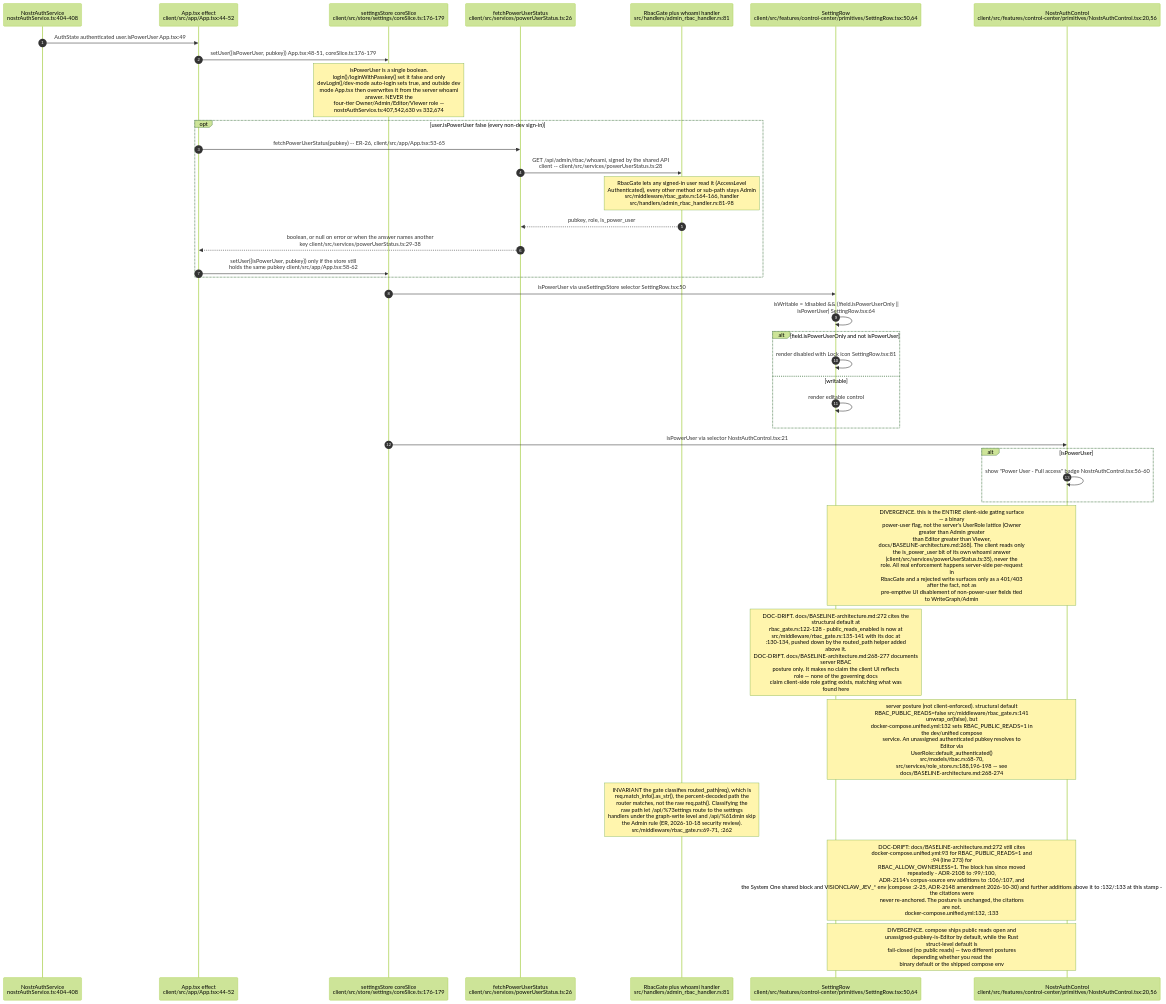
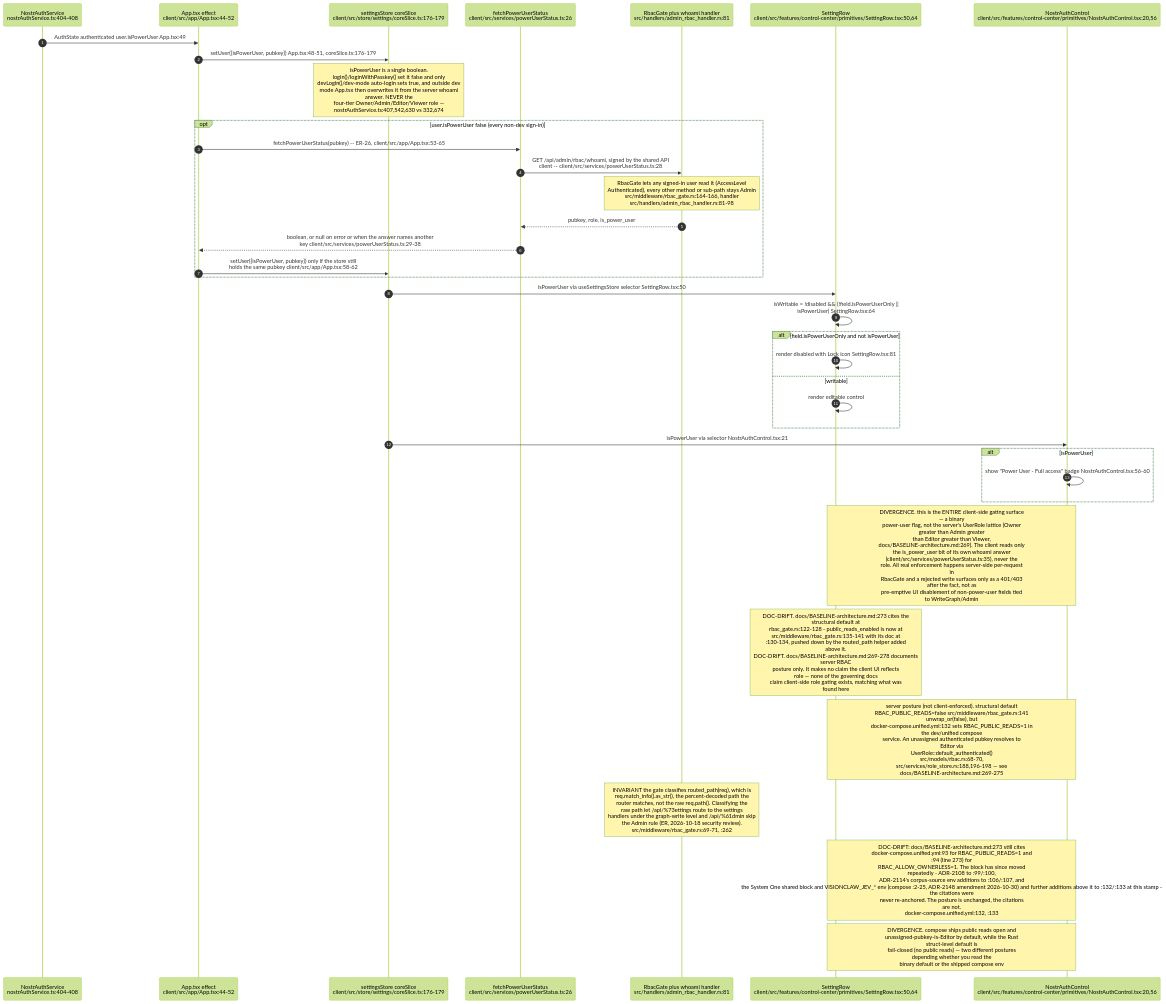
The sixth of 8 diagrams in docs/diagrams/visionclaw/33-client-auth-and-identity.md (DreamLab-AI/VisionFlow), drawn with Mermaid (forest theme) before and after one commit. The commit also changed other lines of this file and 151 other files, not shown here.

````diff
--- a/docs/diagrams/visionclaw/33-client-auth-and-identity.md
+++ b/docs/diagrams/visionclaw/33-client-auth-and-identity.md
@@ -289,42 +289,42 @@
 ```mermaid
 sequenceDiagram
     autonumber
     participant NA as NostrAuthService<br/>nostrAuthService.ts:404-408
     participant App as App.tsx effect<br/>client/src/app/App.tsx:44-52
     participant Store as settingsStore coreSlice<br/>client/src/store/settings/coreSlice.ts:176-179
     participant PUS as fetchPowerUserStatus<br/>client/src/services/powerUserStatus.ts:26
     participant SRV as RbacGate plus whoami handler<br/>src/handlers/admin_rbac_handler.rs:81
     participant Row as SettingRow<br/>client/src/features/control-center/primitives/SettingRow.tsx:50,64
     participant Ctl as NostrAuthControl<br/>client/src/features/control-center/primitives/NostrAuthControl.tsx:20,56
 
     NA->>App: AuthState authenticated user.isPowerUser App.tsx:49
     App->>Store: setUser({isPowerUser, pubkey}) App.tsx:48-51, coreSlice.ts:176-179
     Note over Store: isPowerUser is a single boolean.<br/>login()/loginWithPasskey() set it false and only<br/>devLogin()/dev-mode auto-login sets true, and outside dev<br/>mode App.tsx then overwrites it from the server whoami<br/>answer. NEVER the<br/>four-tier Owner/Admin/Editor/Viewer role —<br/>nostrAuthService.ts:407,542,630 vs 332,674
     opt user.isPowerUser false (every non-dev sign-in)
         App->>PUS: fetchPowerUserStatus(pubkey) -- ER-26, client/src/app/App.tsx:53-65
         PUS->>SRV: GET /api/admin/rbac/whoami, signed by the shared API<br/>client -- client/src/services/powerUserStatus.ts:28
         Note over SRV: RbacGate lets any signed-in user read it (AccessLevel<br/>Authenticated), every other method or sub-path stays Admin<br/>src/middleware/rbac_gate.rs:164-166, handler<br/>src/handlers/admin_rbac_handler.rs:81-98
         SRV-->>PUS: pubkey, role, is_power_user
         PUS-->>App: boolean, or null on error or when the answer names another<br/>key client/src/services/powerUserStatus.ts:29-38
         App->>Store: setUser({isPowerUser, pubkey}) only if the store still<br/>holds the same pubkey client/src/app/App.tsx:58-62
     end
     Store->>Row: isPowerUser via useSettingsStore selector SettingRow.tsx:50
     Row->>Row: isWritable = !disabled && (!field.isPowerUserOnly ||<br/>isPowerUser) SettingRow.tsx:64
     alt field.isPowerUserOnly and not isPowerUser
         Row->>Row: render disabled with Lock icon SettingRow.tsx:81
     else writable
         Row->>Row: render editable control
     end
     Store->>Ctl: isPowerUser via selector NostrAuthControl.tsx:21
     alt isPowerUser
         Ctl->>Ctl: show "Power User - Full access" badge NostrAuthControl.tsx:56-60
     end
 
-    Note over Row,Ctl: DIVERGENCE. this is the ENTIRE client-side gating surface<br/>— a binary<br/>power-user flag, not the server's UserRole lattice (Owner<br/>greater than Admin greater<br/>than Editor greater than Viewer,<br/>docs/BASELINE-architecture.md:268). The client reads only<br/>the is_power_user bit of its own whoami answer<br/>(client/src/services/powerUserStatus.ts:35), never the<br/>role. All real enforcement happens server-side per-request<br/>in<br/>RbacGate and a rejected write surfaces only as a 401/403<br/>after the fact, not as<br/>pre-emptive UI disablement of non-power-user fields tied<br/>to WriteGraph/Admin
-    Note over Row: DOC-DRIFT. docs/BASELINE-architecture.md:272 cites the<br/>structural default at<br/>rbac_gate.rs:122-128 - public_reads_enabled is now at<br/>src/middleware/rbac_gate.rs:135-141 with its doc at<br/>:130-134, pushed down by the routed_path helper added<br/>above it.<br/>DOC-DRIFT. docs/BASELINE-architecture.md:268-277 documents<br/>server RBAC<br/>posture only. It makes no claim the client UI reflects<br/>role — none of the governing docs<br/>claim client-side role gating exists, matching what was<br/>found here
+    Note over Row,Ctl: DIVERGENCE. this is the ENTIRE client-side gating surface<br/>— a binary<br/>power-user flag, not the server's UserRole lattice (Owner<br/>greater than Admin greater<br/>than Editor greater than Viewer,<br/>docs/BASELINE-architecture.md:269). The client reads only<br/>the is_power_user bit of its own whoami answer<br/>(client/src/services/powerUserStatus.ts:35), never the<br/>role. All real enforcement happens server-side per-request<br/>in<br/>RbacGate and a rejected write surfaces only as a 401/403<br/>after the fact, not as<br/>pre-emptive UI disablement of non-power-user fields tied<br/>to WriteGraph/Admin
+    Note over Row: DOC-DRIFT. docs/BASELINE-architecture.md:273 cites the<br/>structural default at<br/>rbac_gate.rs:122-128 - public_reads_enabled is now at<br/>src/middleware/rbac_gate.rs:135-141 with its doc at<br/>:130-134, pushed down by the routed_path helper added<br/>above it.<br/>DOC-DRIFT. docs/BASELINE-architecture.md:269-278 documents<br/>server RBAC<br/>posture only. It makes no claim the client UI reflects<br/>role — none of the governing docs<br/>claim client-side role gating exists, matching what was<br/>found here
 
-    Note over Row,Ctl: server posture (not client-enforced). structural default<br/>RBAC_PUBLIC_READS=false src/middleware/rbac_gate.rs:141<br/>unwrap_or(false), but<br/>docker-compose.unified.yml:132 sets RBAC_PUBLIC_READS=1 in<br/>the dev/unified compose<br/>service. An unassigned authenticated pubkey resolves to<br/>Editor via<br/>UserRole::default_authenticated()<br/>src/models/rbac.rs:68-70,<br/>src/services/role_store.rs:188,196-198 — see<br/>docs/BASELINE-architecture.md:268-274
+    Note over Row,Ctl: server posture (not client-enforced). structural default<br/>RBAC_PUBLIC_READS=false src/middleware/rbac_gate.rs:141<br/>unwrap_or(false), but<br/>docker-compose.unified.yml:132 sets RBAC_PUBLIC_READS=1 in<br/>the dev/unified compose<br/>service. An unassigned authenticated pubkey resolves to<br/>Editor via<br/>UserRole::default_authenticated()<br/>src/models/rbac.rs:68-70,<br/>src/services/role_store.rs:188,196-198 — see<br/>docs/BASELINE-architecture.md:269-275
     Note over SRV: INVARIANT the gate classifies routed_path(req), which is<br/>req.match_info().as_str(), the percent-decoded path the<br/>router matches, not the raw req.path(). Classifying the<br/>raw path let /api/%73ettings route to the settings<br/>handlers under the graph-write level and /api/%61dmin skip<br/>the Admin rule (ER, 2026-10-18 security review).<br/>src/middleware/rbac_gate.rs:69-71, :262
-    Note over Row,Ctl: DOC-DRIFT: docs/BASELINE-architecture.md:272 still cites<br/>docker-compose.unified.yml:93 for RBAC_PUBLIC_READS=1 and<br/>:94 (line 273) for<br/>RBAC_ALLOW_OWNERLESS=1. The block has since moved<br/>repeatedly - ADR-2108 to :99/:100,<br/>ADR-2114's corpus-source env additions to :106/:107, and<br/>the System One shared block and VISIONCLAW_JEV_* env (compose :2-25, ADR-2148 amendment 2026-10-30) and further additions above it to :132/:133 at this stamp -<br/>the citations were<br/>never re-anchored. The posture is unchanged, the citations<br/>are not.<br/>docker-compose.unified.yml:132, :133
+    Note over Row,Ctl: DOC-DRIFT: docs/BASELINE-architecture.md:273 still cites<br/>docker-compose.unified.yml:93 for RBAC_PUBLIC_READS=1 and<br/>:94 (line 273) for<br/>RBAC_ALLOW_OWNERLESS=1. The block has since moved<br/>repeatedly - ADR-2108 to :99/:100,<br/>ADR-2114's corpus-source env additions to :106/:107, and<br/>the System One shared block and VISIONCLAW_JEV_* env (compose :2-25, ADR-2148 amendment 2026-10-30) and further additions above it to :132/:133 at this stamp -<br/>the citations were<br/>never re-anchored. The posture is unchanged, the citations<br/>are not.<br/>docker-compose.unified.yml:132, :133
     Note over Row,Ctl: DIVERGENCE. compose ships public reads open and<br/>unassigned-pubkey-is-Editor by default, while the Rust<br/>struct-level default is<br/>fail-closed (no public reads) — two different postures<br/>depending whether you read the<br/>binary default or the shipped compose env
 ```
````
